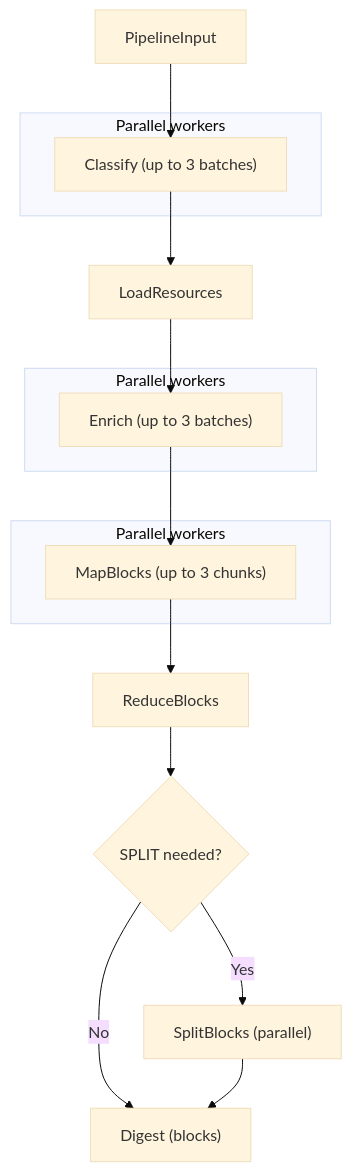
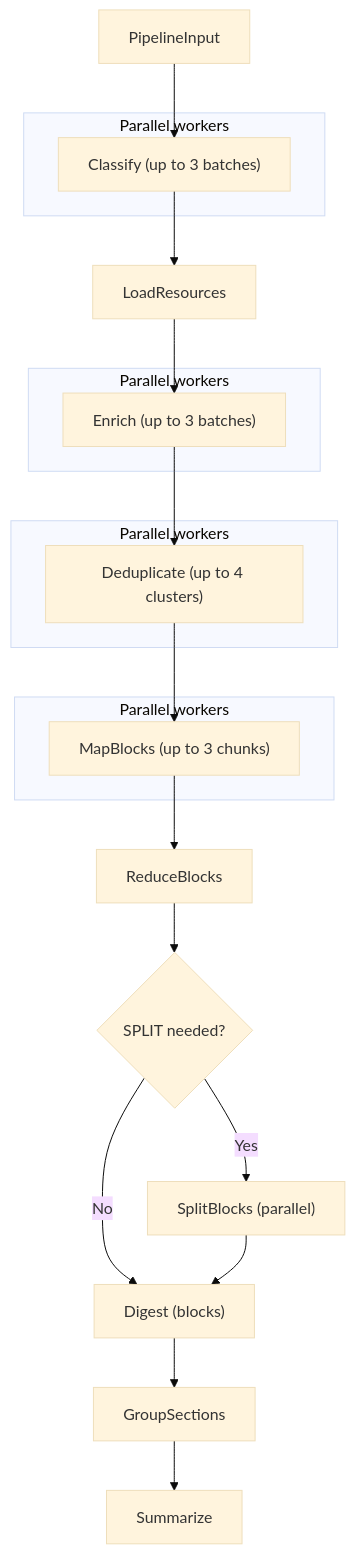
One commit to andgineer/news-recap changed the diagram in spec/pipeline.md. Above: the diagram before and after it, drawn with Mermaid (base theme). The commit also changed other lines of this file and 4 other files, not shown here.

````diff
--- a/spec/pipeline.md
+++ b/spec/pipeline.md
@@ -9,22 +9,28 @@
 ```mermaid
 flowchart TD
     subgraph parallel1 [Parallel workers]
         classifyW["Classify (up to 3 batches)"]
     end
     subgraph parallel2 [Parallel workers]
         enrichW["Enrich (up to 3 batches)"]
     end
     subgraph parallel3 [Parallel workers]
+        dedupW["Deduplicate (up to 4 clusters)"]
+    end
+    subgraph parallel4 [Parallel workers]
         mapW["MapBlocks (up to 3 chunks)"]
     end
 
     inp[PipelineInput] --> classifyW
     classifyW --> loadRes[LoadResources]
     loadRes --> enrichW
-    enrichW --> mapW
+    enrichW --> dedupW
+    dedupW --> mapW
     mapW --> reduce[ReduceBlocks]
     reduce --> split{SPLIT needed?}
     split -->|No| digest["Digest (blocks)"]
     split -->|Yes| splitW["SplitBlocks (parallel)"]
     splitW --> digest
+    digest --> groupSec[GroupSections]
+    groupSec --> summarize[Summarize]
 ```
````
